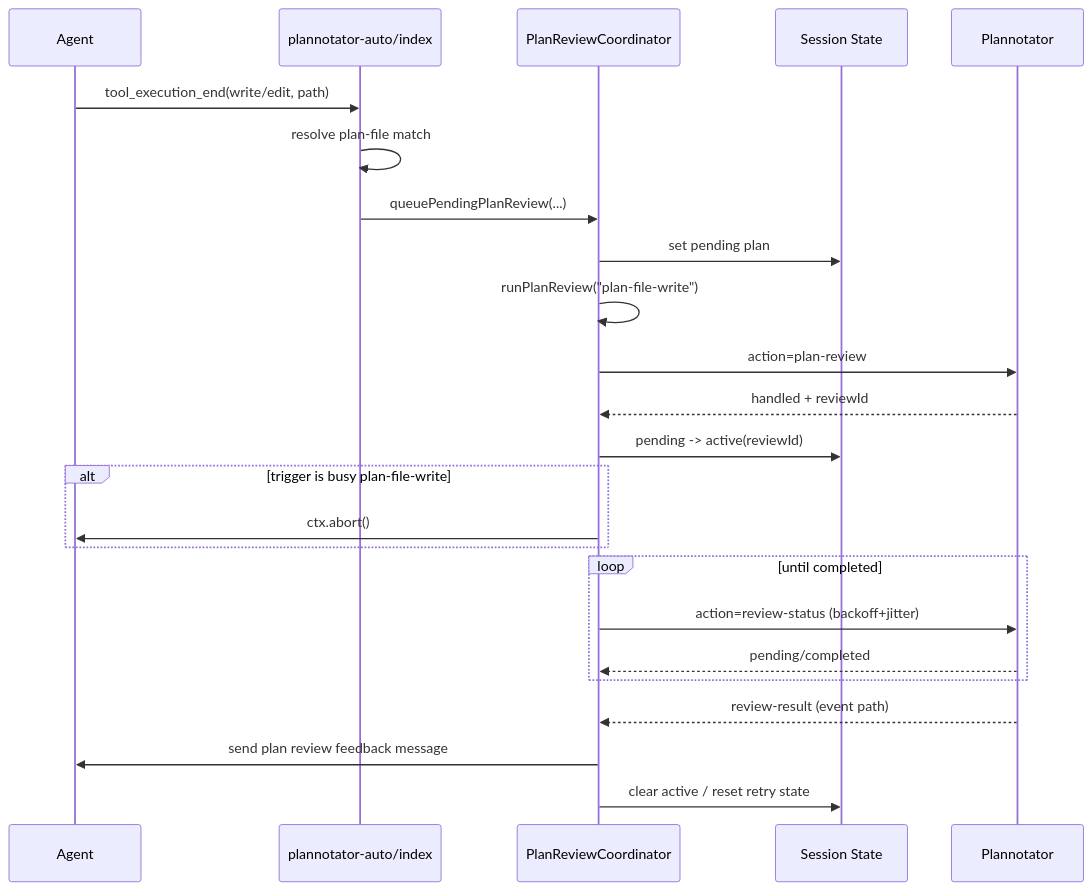
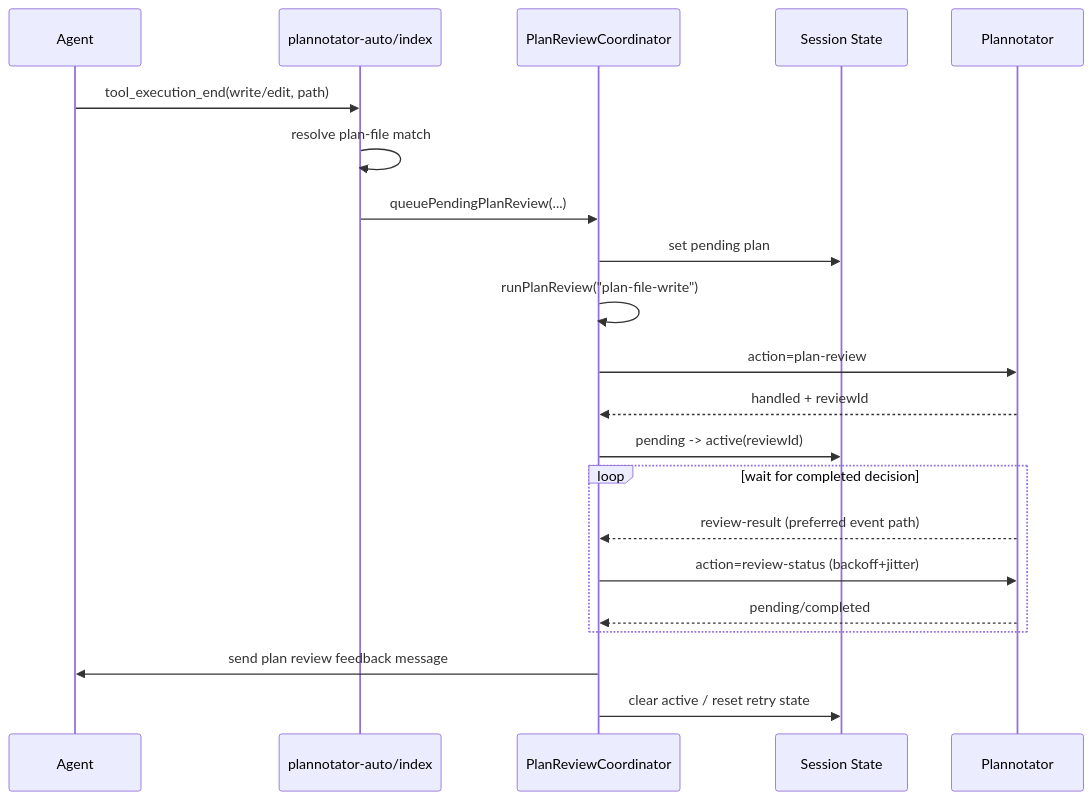
Before and after one commit to BruceChen7/pi-kit: the diagram in extensions/plannotator-auto/README.md, drawn with Mermaid. The commit also changed other lines of this file and 7 other files, not shown here.

Commit message:
fix(plannotator-auto): wait synchronously for plan review

````diff
--- a/extensions/plannotator-auto/README.md
+++ b/extensions/plannotator-auto/README.md
@@ -74,27 +73,24 @@
 ```mermaid
 sequenceDiagram
     participant Agent
     participant Extension as plannotator-auto/index
     participant Coord as PlanReviewCoordinator
     participant Store as Session State
     participant Plannotator
 
     Agent->>Extension: tool_execution_end(write/edit, path)
     Extension->>Extension: resolve plan-file match
     Extension->>Coord: queuePendingPlanReview(...)
     Coord->>Store: set pending plan
     Coord->>Coord: runPlanReview("plan-file-write")
     Coord->>Plannotator: action=plan-review
     Plannotator-->>Coord: handled + reviewId
     Coord->>Store: pending -> active(reviewId)
-    alt trigger is busy plan-file-write
-      Coord->>Agent: ctx.abort()
-    end
-    loop until completed
+    loop wait for completed decision
+      Plannotator-->>Coord: review-result (preferred event path)
       Coord->>Plannotator: action=review-status (backoff+jitter)
       Plannotator-->>Coord: pending/completed
     end
-    Plannotator-->>Coord: review-result (event path)
     Coord->>Agent: send plan review feedback message
     Coord->>Store: clear active / reset retry state
 ```
````
